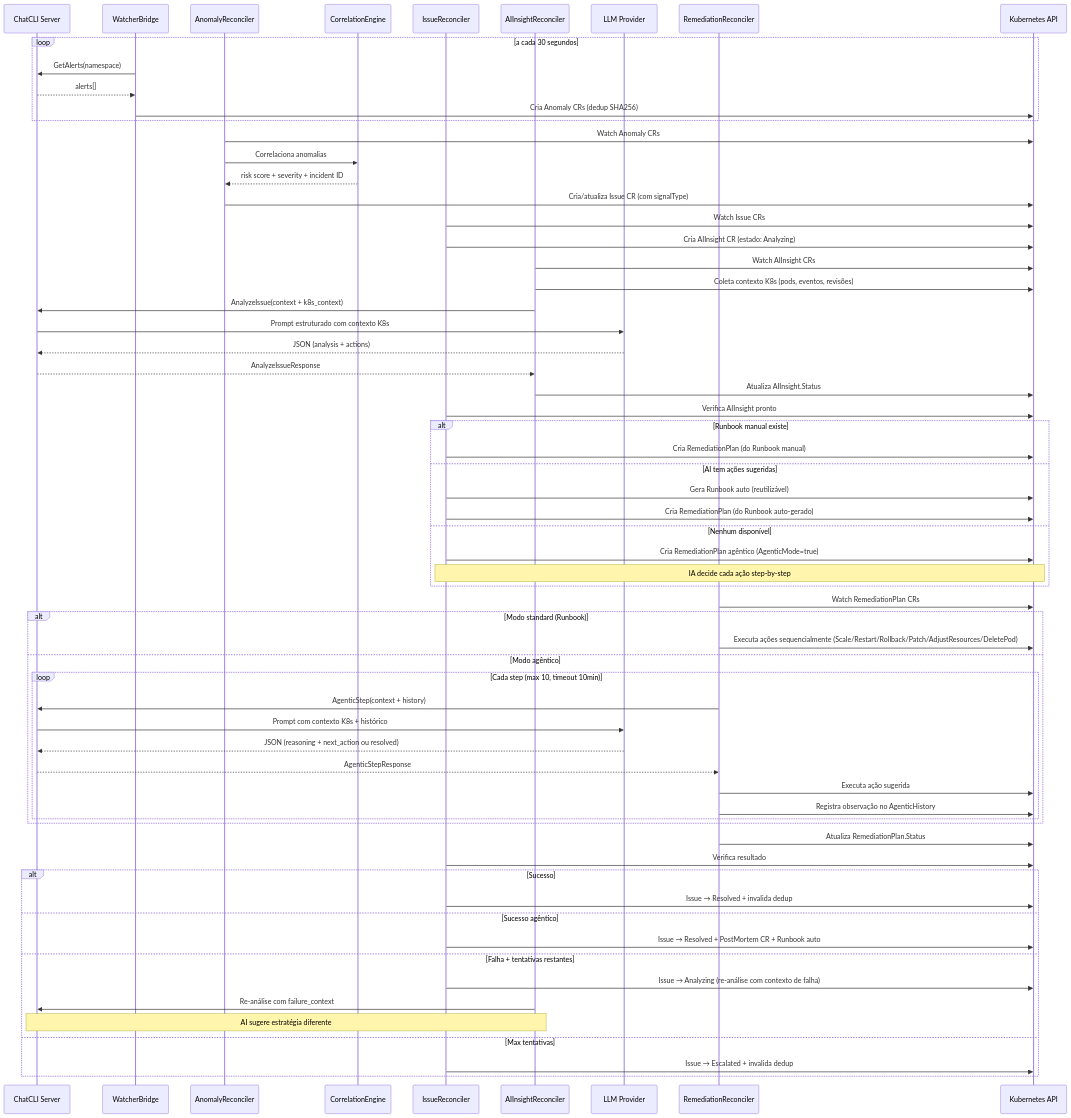
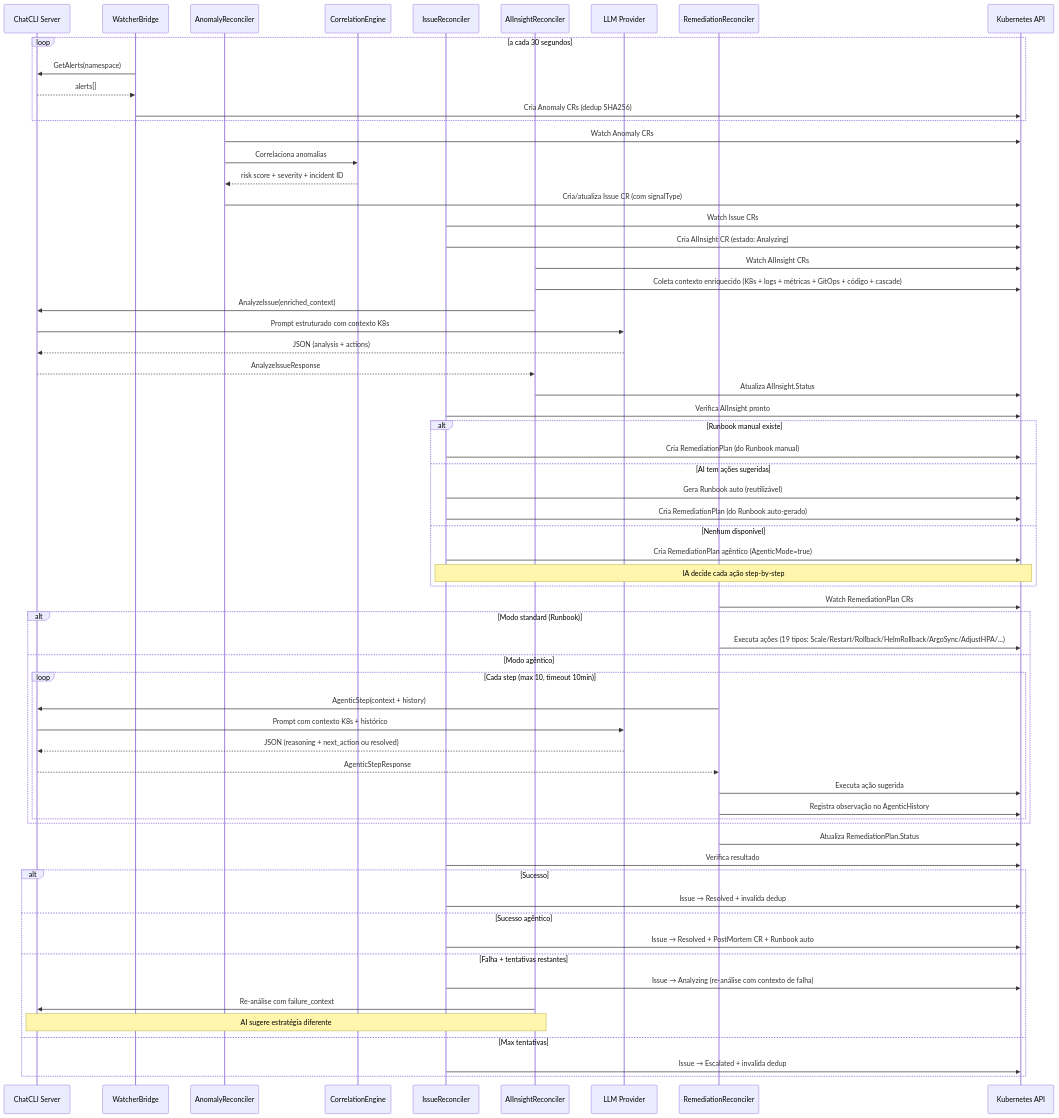
One commit to diillson/chatcli.ai changed the first of 3 diagrams in features/aiops-platform.mdx. Above: the diagram before and after it, drawn with Mermaid. The commit also changed other lines of this file and 14 other files, not shown here.

````diff
--- a/features/aiops-platform.mdx
+++ b/features/aiops-platform.mdx
@@ -16,74 +16,74 @@
 ```mermaid
 sequenceDiagram
     participant Server as ChatCLI Server
     participant WB as WatcherBridge
     participant AR as AnomalyReconciler
     participant CE as CorrelationEngine
     participant IR as IssueReconciler
     participant AIR as AIInsightReconciler
     participant LLM as LLM Provider
     participant RR as RemediationReconciler
     participant K8s as Kubernetes API
 
     loop a cada 30 segundos
         WB->>Server: GetAlerts(namespace)
         Server-->>WB: alerts[]
         WB->>K8s: Cria Anomaly CRs (dedup SHA256)
     end
 
     AR->>K8s: Watch Anomaly CRs
     AR->>CE: Correlaciona anomalias
     CE-->>AR: risk score + severity + incident ID
     AR->>K8s: Cria/atualiza Issue CR (com signalType)
 
     IR->>K8s: Watch Issue CRs
     IR->>K8s: Cria AIInsight CR (estado: Analyzing)
 
     AIR->>K8s: Watch AIInsight CRs
-    AIR->>K8s: Coleta contexto K8s (pods, eventos, revisões)
-    AIR->>Server: AnalyzeIssue(context + k8s_context)
+    AIR->>K8s: Coleta contexto enriquecido (K8s + logs + métricas + GitOps + código + cascade)
+    AIR->>Server: AnalyzeIssue(enriched_context)
     Server->>LLM: Prompt estruturado com contexto K8s
     LLM-->>Server: JSON (analysis + actions)
     Server-->>AIR: AnalyzeIssueResponse
     AIR->>K8s: Atualiza AIInsight.Status
 
     IR->>K8s: Verifica AIInsight pronto
     alt Runbook manual existe
         IR->>K8s: Cria RemediationPlan (do Runbook manual)
     else AI tem ações sugeridas
         IR->>K8s: Gera Runbook auto (reutilizável)
         IR->>K8s: Cria RemediationPlan (do Runbook auto-gerado)
     else Nenhum disponível
         IR->>K8s: Cria RemediationPlan agêntico (AgenticMode=true)
         Note over IR,K8s: IA decide cada ação step-by-step
     end
 
     RR->>K8s: Watch RemediationPlan CRs
 
     alt Modo standard (Runbook)
-        RR->>K8s: Executa ações sequencialmente (Scale/Restart/Rollback/Patch/AdjustResources/DeletePod)
+        RR->>K8s: Executa ações (19 tipos: Scale/Restart/Rollback/HelmRollback/ArgoSync/AdjustHPA/...)
     else Modo agêntico
         loop Cada step (max 10, timeout 10min)
             RR->>Server: AgenticStep(context + history)
             Server->>LLM: Prompt com contexto K8s + histórico
             LLM-->>Server: JSON (reasoning + next_action ou resolved)
             Server-->>RR: AgenticStepResponse
             RR->>K8s: Executa ação sugerida
             RR->>K8s: Registra observação no AgenticHistory
         end
     end
     RR->>K8s: Atualiza RemediationPlan.Status
 
     IR->>K8s: Verifica resultado
     alt Sucesso
         IR->>K8s: Issue → Resolved + invalida dedup
     else Sucesso agêntico
         IR->>K8s: Issue → Resolved + PostMortem CR + Runbook auto
     else Falha + tentativas restantes
         IR->>K8s: Issue → Analyzing (re-análise com contexto de falha)
         AIR->>Server: Re-análise com failure_context
         Note over AIR,Server: AI sugere estratégia diferente
     else Max tentativas
         IR->>K8s: Issue → Escalated + invalida dedup
     end
 ```
````
